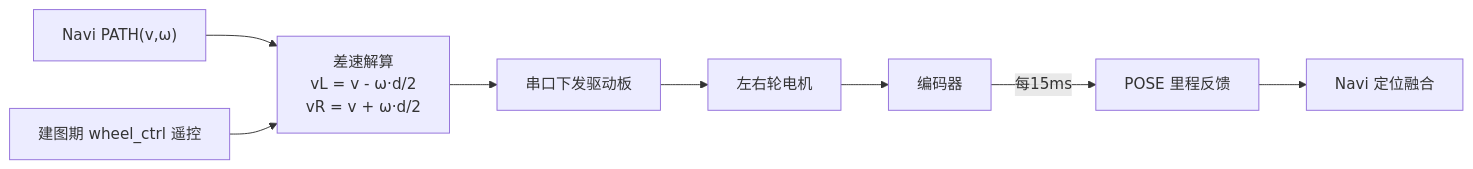
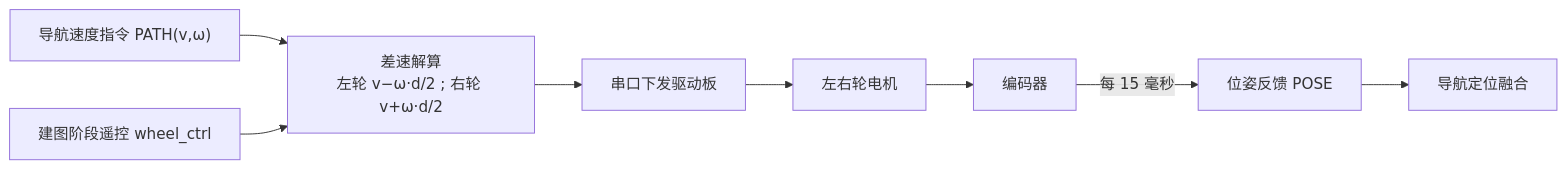
Diagram 16 of 33 in 竞赛文档/作品设计文档.md (Drahann/OpenHarmonyCar), drawn with Mermaid before and after one commit. The commit also changed other lines of this file and 37 other files, not shown here.

````diff
--- a/竞赛文档/作品设计文档.md
+++ b/竞赛文档/作品设计文档.md
@@ -614,10 +555,10 @@
 ```mermaid
 graph LR
-  PATH["Navi PATH(v,ω)"] --> SOLVE["差速解算<br/>vL = v - ω·d/2<br/>vR = v + ω·d/2"]
-  WCTRL["建图期 wheel_ctrl 遥控"] --> SOLVE
+  PATH["导航速度指令 PATH(v,ω)"] --> SOLVE["差速解算<br/>左轮 v−ω·d/2 ; 右轮 v+ω·d/2"]
+  WCTRL["建图阶段遥控 wheel_ctrl"] --> SOLVE
   SOLVE --> SERIAL["串口下发驱动板"]
   SERIAL --> MOTOR["左右轮电机"]
   MOTOR --> ENC["编码器"]
-  ENC -->|"每15ms"| POSE["POSE 里程反馈"]
-  POSE --> NAVI["Navi 定位融合"]
+  ENC -->|"每 15 毫秒"| POSE["位姿反馈 POSE"]
+  POSE --> NAVI["导航定位融合"]
 ```
````
